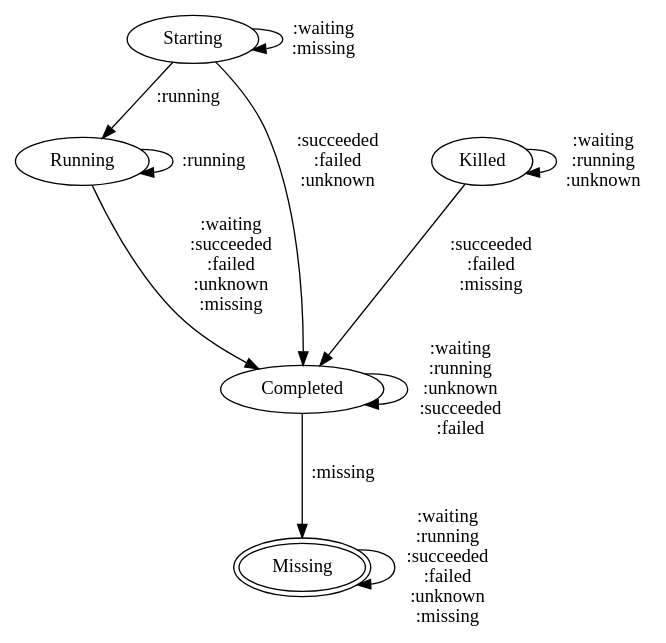
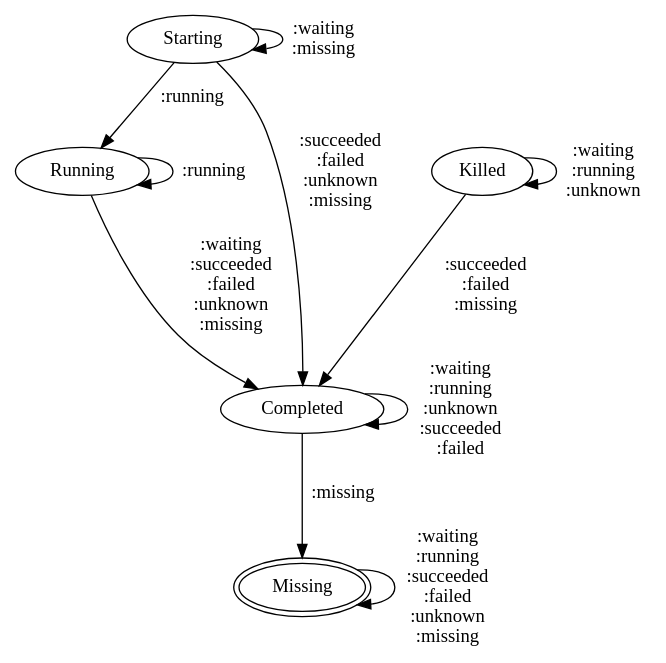
Before and after one commit to twosigma/Cook: the diagram in scheduler/docs/kubernetes-state.dot, drawn with Graphviz.

Commit message:
Updates state transition diagram

```diff
--- a/scheduler/docs/kubernetes-state.dot
+++ b/scheduler/docs/kubernetes-state.dot
@@ -1,20 +1,21 @@
 # A graph showing valid transitions from expected states to expected states. Edges are annotated with
 # which kubernetes staes the system may be in when it makes the transition.
 
 digraph g {
         Starting -> Starting [label=":waiting\n:missing"]
         Starting -> Running [label=":running"]
-        Starting -> Completed [label=":succeeded\n:failed\n:unknown"]
+        // (Starting, missing) -> Completed happens for some failed pod submissions
+        Starting -> Completed [label=":succeeded\n:failed\n:unknown\n:missing"]
 
         Running -> Running [label=":running"]
         Running -> Completed [label=":waiting\n:succeeded\n:failed\n:unknown\n:missing"]
 
         Completed -> Completed [label=":waiting\n:running\n:unknown\n:succeeded\n:failed"]
         Completed -> Missing [label=":missing"]
 
         Killed -> Killed [label=":waiting\n:running\n:unknown\n"]
         Killed -> Completed [label=":succeeded\n:failed\n:missing"]
 
         Missing [peripheries=2]
         Missing -> Missing [label=":waiting\n:running\n:succeeded\n:failed\n:unknown\n:missing"]
 }
```
